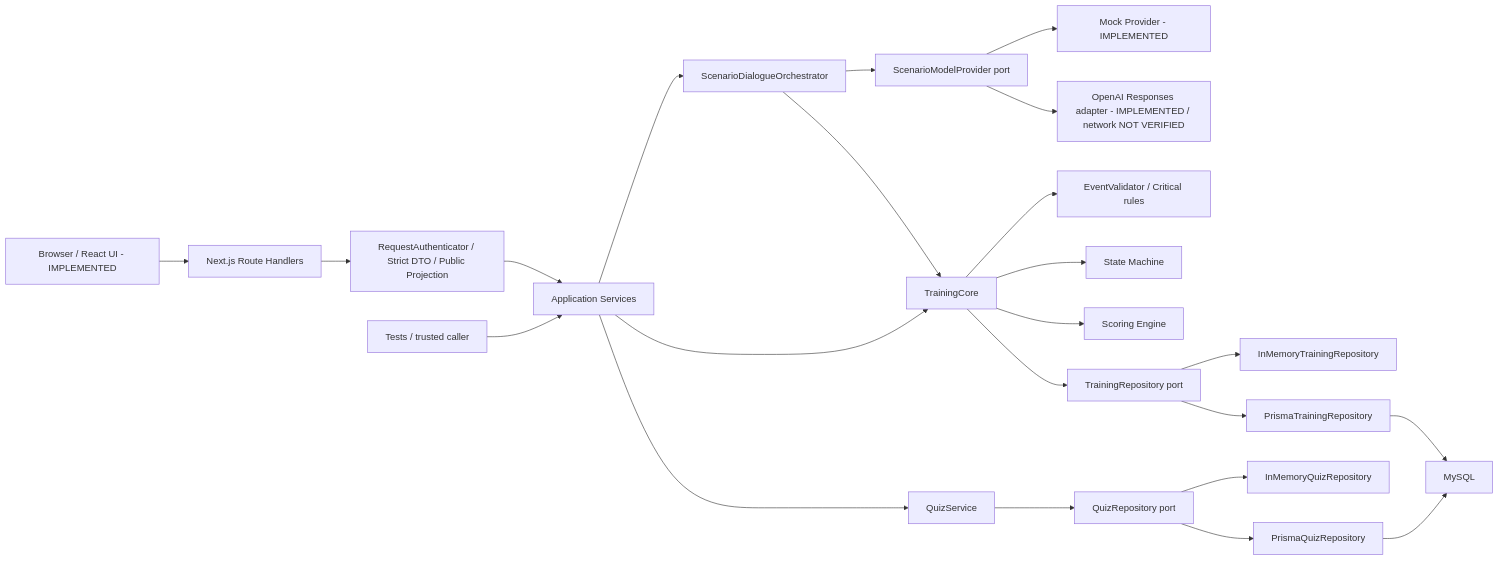
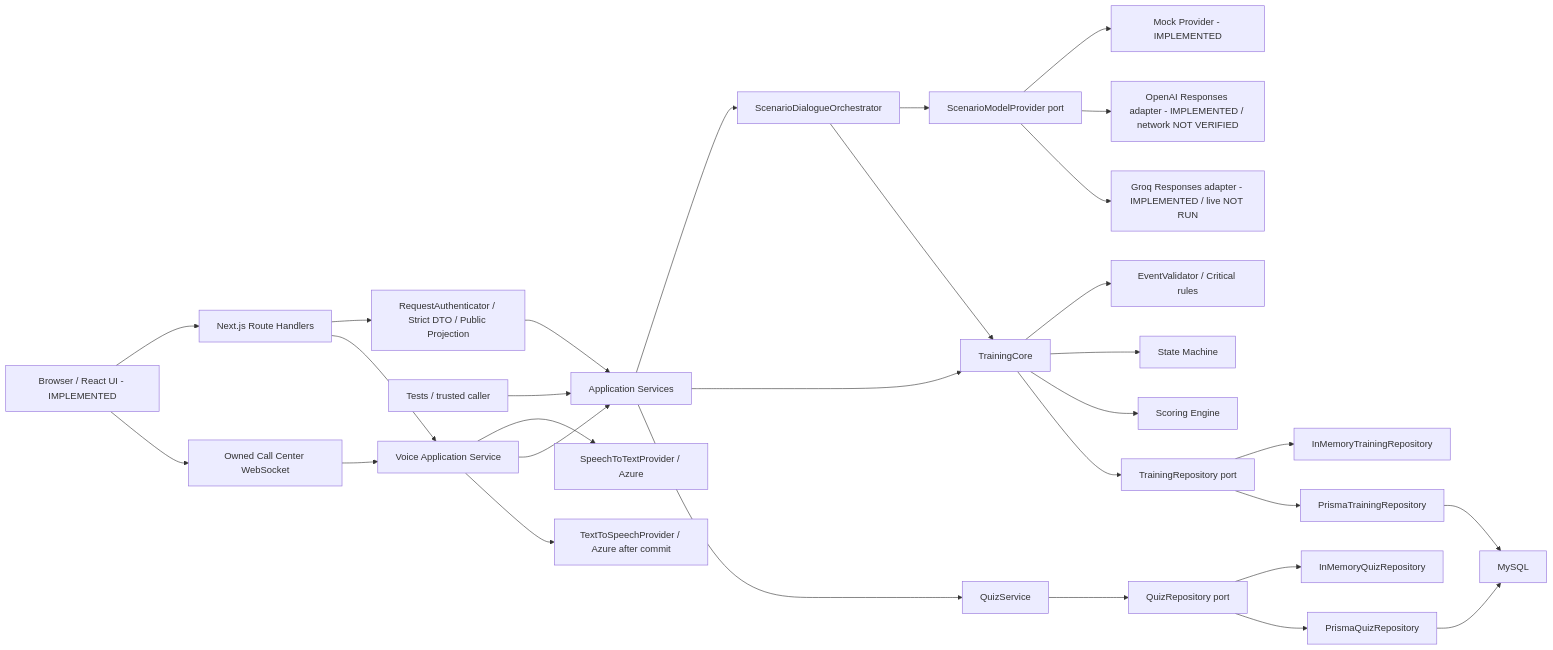
Before and after one commit to 9Tanaka/Project_mitjee: the diagram in docs/architecture.md, drawn with Mermaid. The commit also changed other lines of this file and 12 other files, not shown here.

Commit message:
docs: document live AI voice and websocket status

````diff
--- a/docs/architecture.md
+++ b/docs/architecture.md
@@ -47,25 +47,32 @@
 ```mermaid
 flowchart LR
     browser["Browser / React UI - IMPLEMENTED"] --> http["Next.js Route Handlers"]
     http --> auth["RequestAuthenticator / Strict DTO / Public Projection"]
     auth --> entry["Application Services"]
     tests["Tests / trusted caller"] --> entry
     entry --> dialogue["ScenarioDialogueOrchestrator"]
     entry --> core["TrainingCore"]
     entry --> quiz["QuizService"]
     quiz --> quizRepository["QuizRepository port"]
     quizRepository --> quizMemory["InMemoryQuizRepository"]
     quizRepository --> quizPrisma["PrismaQuizRepository"]
     quizPrisma --> mysql
     dialogue --> provider["ScenarioModelProvider port"]
     provider --> mock["Mock Provider - IMPLEMENTED"]
     provider --> live["OpenAI Responses adapter - IMPLEMENTED / network NOT VERIFIED"]
+    provider --> groq["Groq Responses adapter - IMPLEMENTED / live NOT RUN"]
+    browser --> socket["Owned Call Center WebSocket"]
+    socket --> voice["Voice Application Service"]
+    http --> voice
+    voice --> stt["SpeechToTextProvider / Azure"]
+    voice --> entry
+    voice --> tts["TextToSpeechProvider / Azure after commit"]
     dialogue --> core
     core --> validator["EventValidator / Critical rules"]
     core --> stateMachine["State Machine"]
     core --> scoring["Scoring Engine"]
     core --> repository["TrainingRepository port"]
     repository --> memory["InMemoryTrainingRepository"]
     repository --> prisma["PrismaTrainingRepository"]
     prisma --> mysql["MySQL"]
 ```
````
